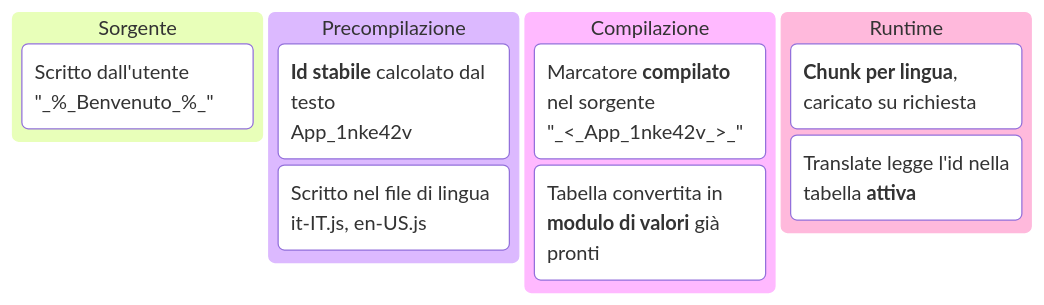
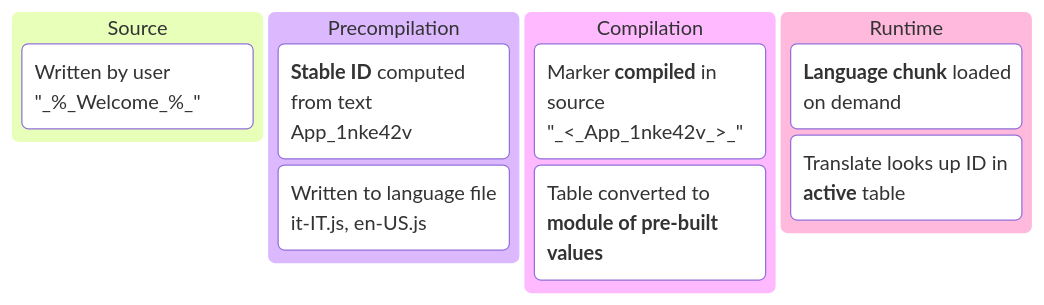
One commit to sepoina/viteTranslate changed the first of 8 diagrams in doc/structure.md. Above: the diagram before and after it, drawn with Mermaid. The commit also changed other lines of this file, not shown here.

````diff
--- a/doc/structure.md
+++ b/doc/structure.md
@@ -42,14 +43,14 @@
 ```mermaid
 kanban
-  in[Sorgente]
-    a1[Scritto dall'utente<br/>"\_%\_Benvenuto\_%\_"]
-  pre[Precompilazione]
-    b1[<b>Id stabile</b> calcolato dal testo<br/>App\_1nke42v]
-    c1[Scritto nel file di lingua<br/>it-IT.js, en-US.js]
-  comp[Compilazione]
-    d1[Marcatore <b>compilato</b> nel sorgente<br/>"\_<\_App\_1nke42v\_>\_"]
-    d2[Tabella convertita in <b>modulo di valori</b> già pronti]
+  in[Source]
+    a1[Written by user<br/>"\_%\_Welcome\_%\_"]
+  pre[Precompilation]
+    b1[<b>Stable ID</b> computed from text<br/>App\_1nke42v]
+    c1[Written to language file<br/>it-IT.js, en-US.js]
+  comp[Compilation]
+    d1[Marker <b>compiled</b> in source<br/>"\_<\_App\_1nke42v\_>\_"]
+    d2[Table converted to <b>module of pre-built values</b>]
   run[Runtime]
-    e1[<b>Chunk per lingua</b>, caricato su richiesta]
-    f1[Translate legge l'id nella tabella <b>attiva</b>]
+    e1[<b>Language chunk</b> loaded on demand]
+    f1[Translate looks up ID in <b>active</b> table]
 ```
````
